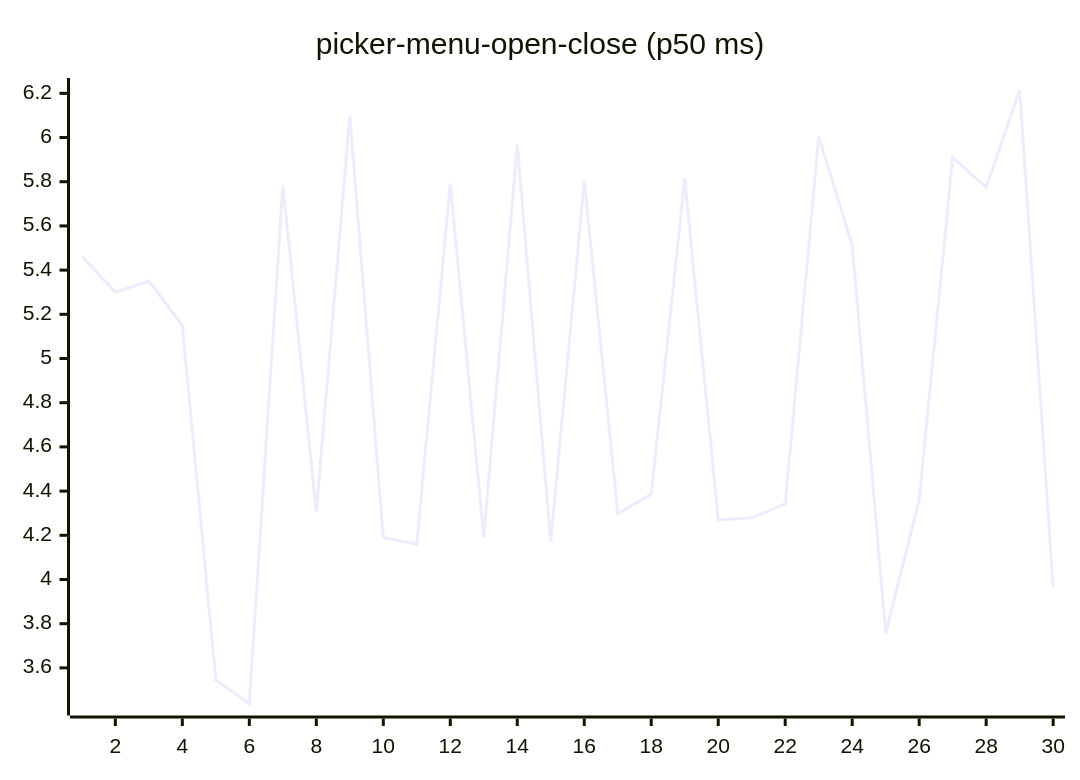
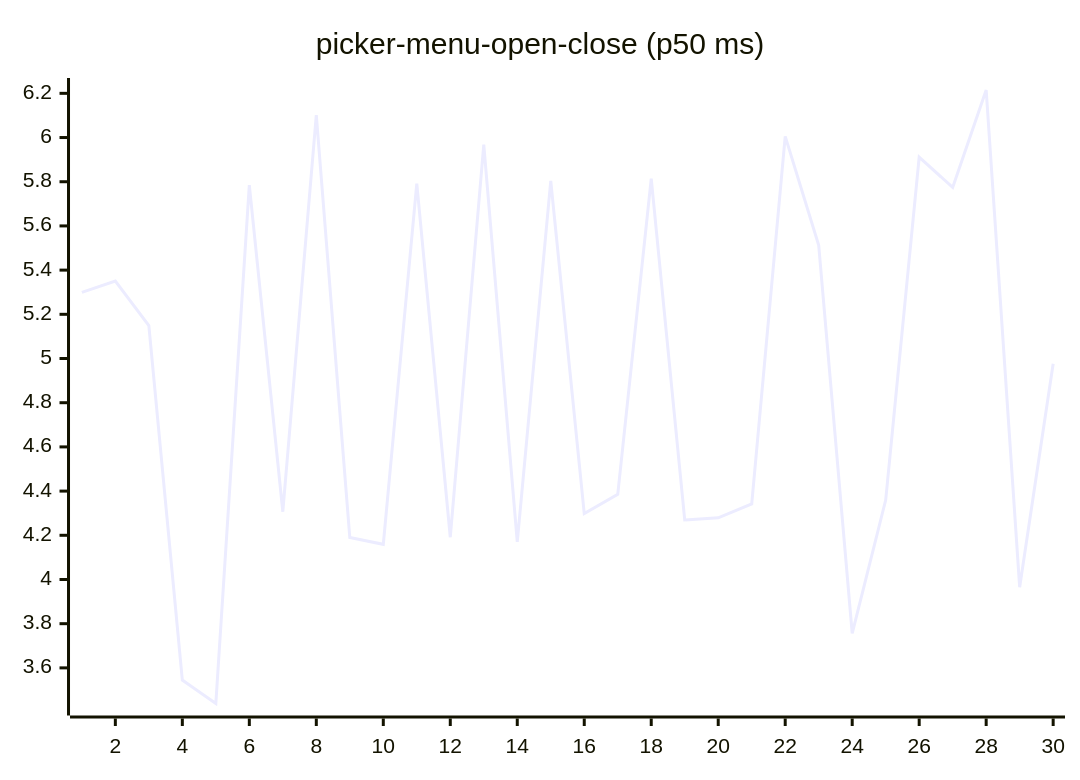
Diagram 16 of 27 in README.md (josha/Facet), drawn with Mermaid before and after one commit. The commit also changed other lines of this file and 2 other files, not shown here.

````diff
--- a/README.md
+++ b/README.md
@@ -168,6 +168,6 @@
 ```mermaid
 xychart-beta
     title "picker-menu-open-close (p50 ms)"
     x-axis 1 --> 30
-    line [5.4631, 5.2994, 5.3502, 5.1493, 3.5447, 3.4388, 5.7846, 4.3066, 6.1012, 4.1897, 4.1591, 5.7919, 4.1912, 5.9674, 4.1698, 5.8037, 4.2981, 4.3851, 5.8139, 4.2694, 4.2792, 4.3416, 6.0052, 5.5122, 3.7566, 4.3593, 5.9114, 5.7740, 6.2151, 3.9652]
+    line [5.2994, 5.3502, 5.1493, 3.5447, 3.4388, 5.7846, 4.3066, 6.1012, 4.1897, 4.1591, 5.7919, 4.1912, 5.9674, 4.1698, 5.8037, 4.2981, 4.3851, 5.8139, 4.2694, 4.2792, 4.3416, 6.0052, 5.5122, 3.7566, 4.3593, 5.9114, 5.7740, 6.2151, 3.9652, 4.9760]
 ```
````
